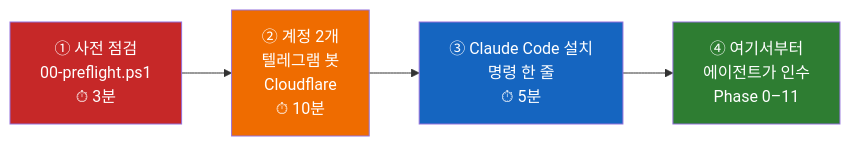
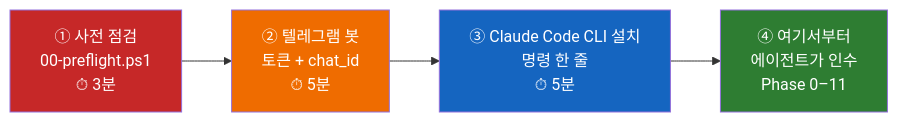
Diagram 11 of 11 in docs/07-agent-pc-design.md (kkw071223-ai/dev-standard-template), drawn with Mermaid before and after one commit. The commit also changed other lines of this file and 2 other files, not shown here.

First line of the commit message:
Cut Hermes and Cloudflare from the main path

````diff
--- a/docs/07-agent-pc-design.md
+++ b/docs/07-agent-pc-design.md
@@ -1387,11 +1513,11 @@
 ```mermaid
 flowchart LR
-    A["① 사전 점검<br/>00-preflight.ps1<br/>⏱ 3분"] --> B["② 계정 2개<br/>텔레그램 봇<br/>Cloudflare<br/>⏱ 10분"]
-    B --> C["③ Claude Code 설치<br/>명령 한 줄<br/>⏱ 5분"]
+    A["① 사전 점검<br/>00-preflight.ps1<br/>⏱ 3분"] --> B["② 텔레그램 봇<br/>토큰 + chat_id<br/>⏱ 5분"]
+    B --> C["③ Claude Code CLI 설치<br/>명령 한 줄<br/>⏱ 5분"]
     C --> D["④ 여기서부터<br/>에이전트가 인수<br/>Phase 0–11"]
     
     style A fill:#c62828,color:#fff
     style B fill:#ef6c00,color:#fff
     style C fill:#1565c0,color:#fff
     style D fill:#2e7d32,color:#fff
 ```
````
